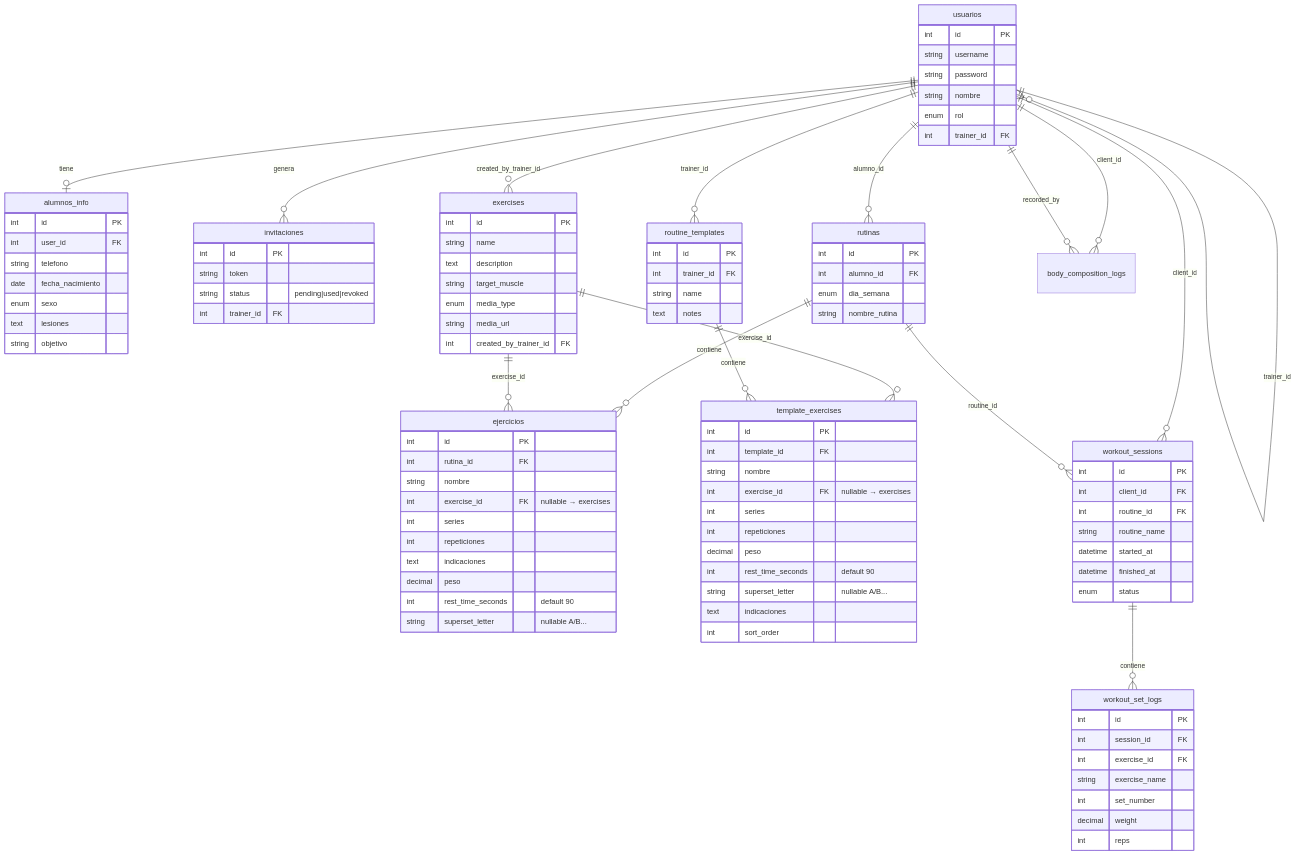
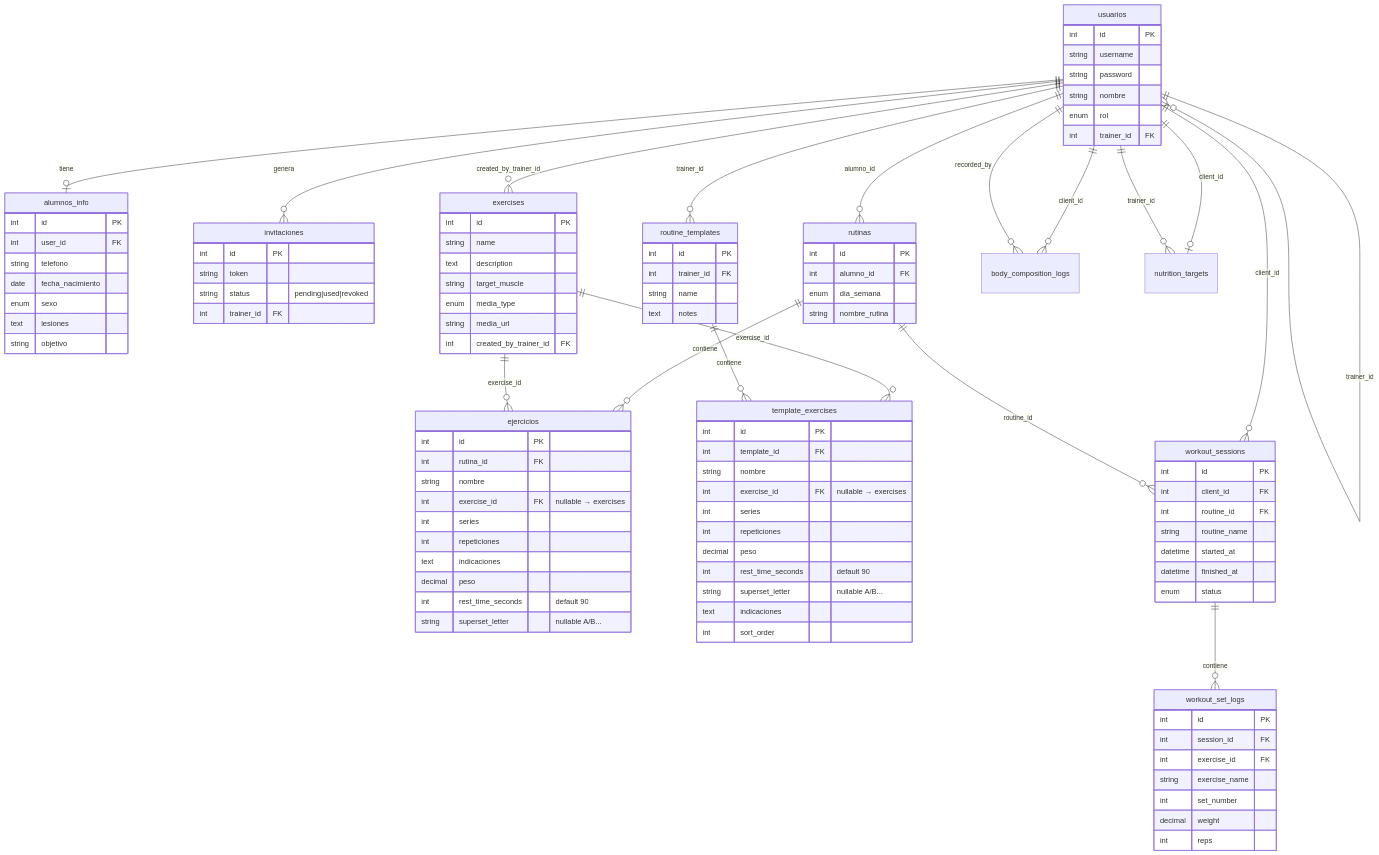
One commit to Jhon-Fuenwhv2024/appEntrenador changed the diagram in appEntrenador/docs/database-schema.md. Above: the diagram before and after it, drawn with Mermaid. The commit also changed other lines of this file and 22 other files, not shown here.

```diff
--- a/appEntrenador/docs/database-schema.md
+++ b/appEntrenador/docs/database-schema.md
@@ -21,6 +21,8 @@
   routine_templates ||--o{ template_exercises : "contiene"
   usuarios ||--o{ body_composition_logs : "client_id"
   usuarios ||--o{ body_composition_logs : "recorded_by"
+  usuarios ||--o| nutrition_targets : "client_id"
+  usuarios ||--o{ nutrition_targets : "trainer_id"
 
   usuarios {
     int id PK
```
